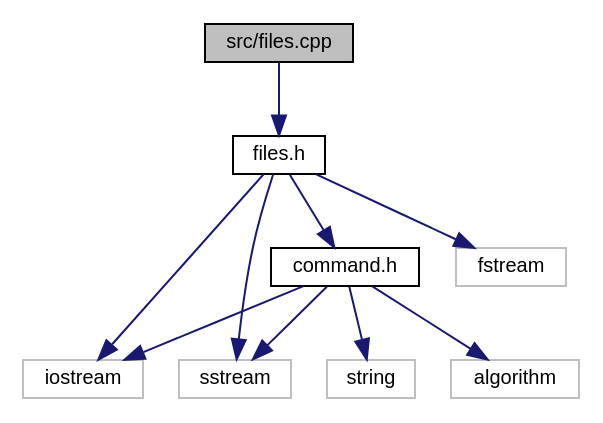
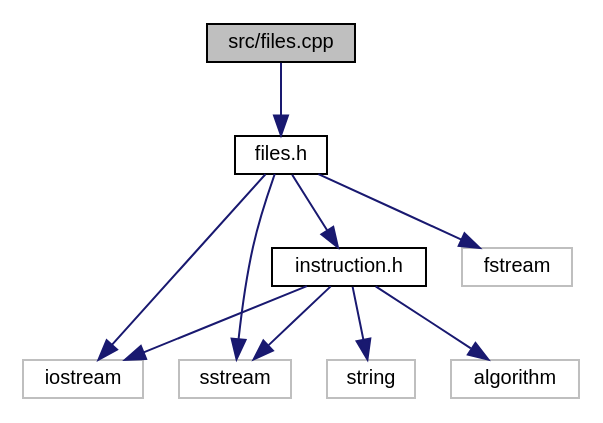
Before and after one commit to Santii/pipeline: the diagram in doc/files_8cpp__incl.dot, drawn with Graphviz. The commit also changed 76 other files, not shown here.

```diff
--- a/doc/files_8cpp__incl.dot
+++ b/doc/files_8cpp__incl.dot
@@ -1,22 +1,22 @@
 digraph "src/files.cpp"
 {
   edge [fontname="Helvetica",fontsize="10",labelfontname="Helvetica",labelfontsize="10"];
   node [fontname="Helvetica",fontsize="10",shape=record];
   Node1 [label="src/files.cpp",height=0.2,width=0.4,color="black", fillcolor="grey75", style="filled", fontcolor="black"];
   Node1 -> Node2 [color="midnightblue",fontsize="10",style="solid",fontname="Helvetica"];
   Node2 [label="files.h",height=0.2,width=0.4,color="black", fillcolor="white", style="filled",URL="$files_8h_source.html"];
   Node2 -> Node3 [color="midnightblue",fontsize="10",style="solid",fontname="Helvetica"];
   Node3 [label="iostream",height=0.2,width=0.4,color="grey75", fillcolor="white", style="filled"];
   Node2 -> Node4 [color="midnightblue",fontsize="10",style="solid",fontname="Helvetica"];
   Node4 [label="sstream",height=0.2,width=0.4,color="grey75", fillcolor="white", style="filled"];
   Node2 -> Node5 [color="midnightblue",fontsize="10",style="solid",fontname="Helvetica"];
   Node5 [label="fstream",height=0.2,width=0.4,color="grey75", fillcolor="white", style="filled"];
   Node2 -> Node6 [color="midnightblue",fontsize="10",style="solid",fontname="Helvetica"];
-  Node6 [label="command.h",height=0.2,width=0.4,color="black", fillcolor="white", style="filled",URL="$command_8h.html",tooltip="Arquivo de cabecalho com a definicao da classe Comando. "];
+  Node6 [label="instruction.h",height=0.2,width=0.4,color="black", fillcolor="white", style="filled",URL="$instruction_8h.html",tooltip="Arquivo de cabecalho com a definicao da classe Instruction. "];
   Node6 -> Node3 [color="midnightblue",fontsize="10",style="solid",fontname="Helvetica"];
   Node6 -> Node7 [color="midnightblue",fontsize="10",style="solid",fontname="Helvetica"];
   Node7 [label="string",height=0.2,width=0.4,color="grey75", fillcolor="white", style="filled"];
   Node6 -> Node8 [color="midnightblue",fontsize="10",style="solid",fontname="Helvetica"];
   Node8 [label="algorithm",height=0.2,width=0.4,color="grey75", fillcolor="white", style="filled"];
   Node6 -> Node4 [color="midnightblue",fontsize="10",style="solid",fontname="Helvetica"];
 }
```
